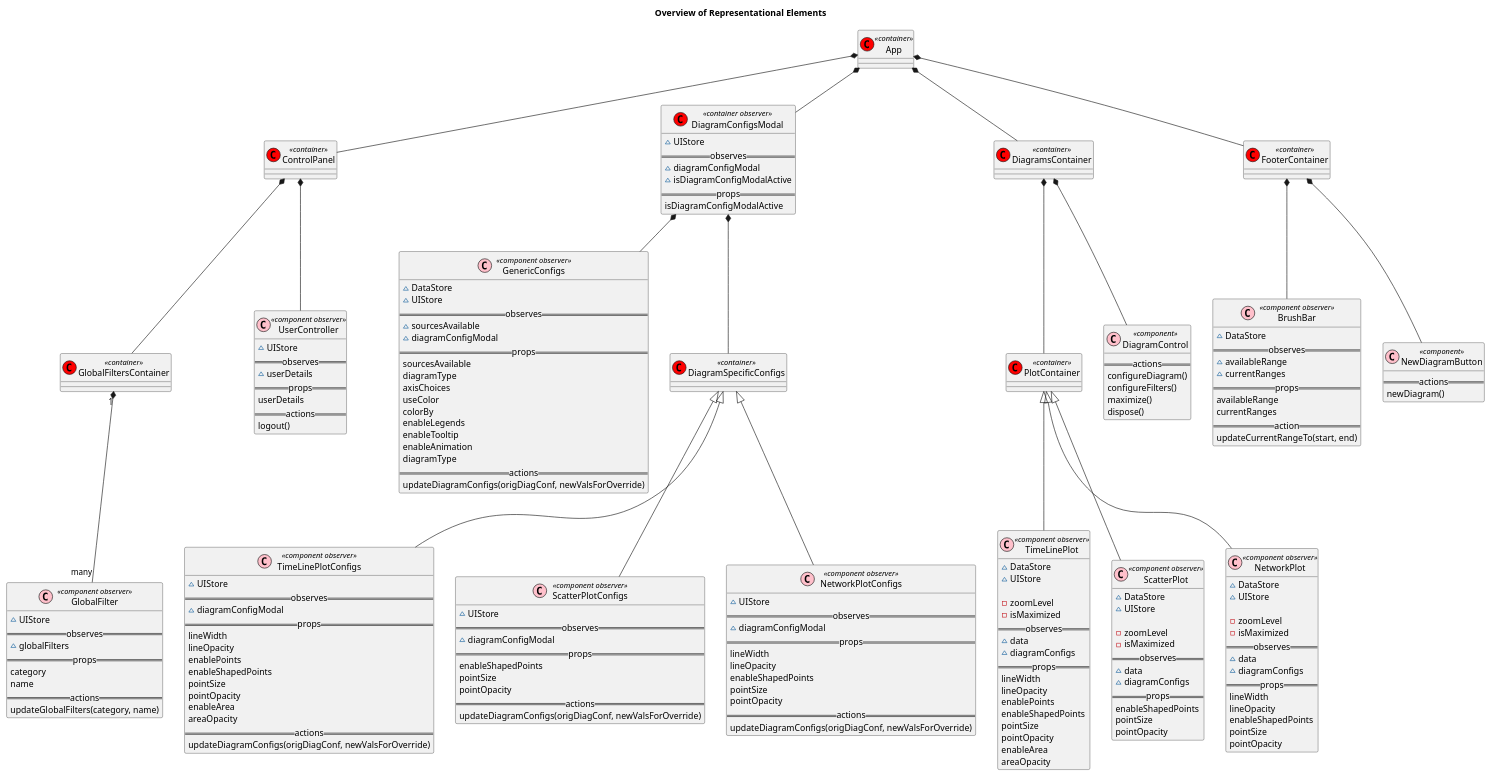
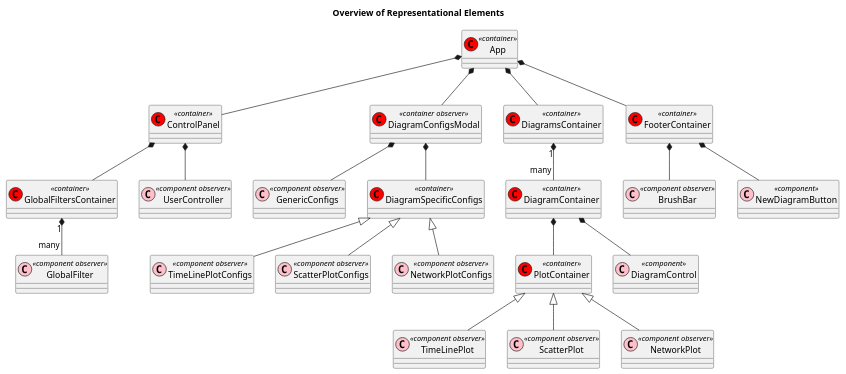
One commit to hexrcs/frontend-demo changed the diagram in docs/diagrams/src/overview.wsd. Above: the diagram before and after it, drawn with PlantUML. The commit also changed 1 other file, not shown here.

Commit message:
Extract component definitions to own diagram

```diff
--- a/docs/diagrams/src/overview.wsd
+++ b/docs/diagrams/src/overview.wsd
@@ -11,185 +11,57 @@
 }
 
 class GlobalFilter << (C,pink) component observer >> {
-  ~ UIStore
-  ==observes==
-  ~ globalFilters
-  ==props==
-  category
-  name
-  ==actions==
-  updateGlobalFilters(category, name)
 }
 
 class UserController << (C,pink) component observer >> {
-  ~ UIStore
-  ==observes==
-  ~ userDetails
-  ==props==
-  userDetails
-  ==actions==
-  logout()
 }
 
 class DiagramConfigsModal << (C,red) container observer >> {
-  ~ UIStore
-  ==observes==
-  ~ diagramConfigModal
-  ~ isDiagramConfigModalActive
-  ==props==
-  isDiagramConfigModalActive
 }
 
 class GenericConfigs << (C,pink) component observer >> {
-  ~ DataStore
-  ~ UIStore
-  ==observes==
-  ~ sourcesAvailable
-  ~ diagramConfigModal
-  ==props==
-  sourcesAvailable
-  diagramType
-  axisChoices
-  useColor
-  colorBy
-  enableLegends
-  enableTooltip
-  enableAnimation
-  diagramType
-  ==actions==
-  updateDiagramConfigs(origDiagConf, newValsForOverride)
 }
 
 class DiagramSpecificConfigs << (C,red) container >> {
 }
 
 class TimeLinePlotConfigs  << (C,pink) component observer >> {
-  ~ UIStore
-  ==observes==
-  ~ diagramConfigModal
-  ==props==
-  lineWidth
-  lineOpacity
-  enablePoints
-  enableShapedPoints
-  pointSize
-  pointOpacity
-  enableArea
-  areaOpacity
-  ==actions==
-  updateDiagramConfigs(origDiagConf, newValsForOverride)
 }
 
 class ScatterPlotConfigs  << (C,pink) component observer >> {
-  ~ UIStore
-  ==observes==
-  ~ diagramConfigModal
-  ==props==
-  enableShapedPoints
-  pointSize
-  pointOpacity
-  ==actions==
-  updateDiagramConfigs(origDiagConf, newValsForOverride)
 }
 
 class NetworkPlotConfigs  << (C,pink) component observer >> {
-  ~ UIStore
-  ==observes==
-  ~ diagramConfigModal
-  ==props==
-  lineWidth
-  lineOpacity
-  enableShapedPoints
-  pointSize
-  pointOpacity
-  ==actions==
-  updateDiagramConfigs(origDiagConf, newValsForOverride)
 }
 
 class DiagramsContainer << (C,red) container >> {
+}
+
+class DiagramContainer << (C,red) container >> {
 }
 
 class PlotContainer << (C,red) container >> {
 }
 
 class TimeLinePlot  << (C,pink) component observer >> {
-  ~ DataStore
-  ~ UIStore
-
-  - zoomLevel
-  - isMaximized
-  ==observes==
-  ~ data
-  ~ diagramConfigs
-  ==props==
-  lineWidth
-  lineOpacity
-  enablePoints
-  enableShapedPoints
-  pointSize
-  pointOpacity
-  enableArea
-  areaOpacity
 }
 
 class ScatterPlot  << (C,pink) component observer >> {
-  ~ DataStore
-  ~ UIStore
-
-  - zoomLevel
-  - isMaximized
-  ==observes==
-  ~ data
-  ~ diagramConfigs
-  ==props==
-  enableShapedPoints
-  pointSize
-  pointOpacity
 }
 
 class NetworkPlot  << (C,pink) component observer >> {
-  ~ DataStore
-  ~ UIStore
-
-  - zoomLevel
-  - isMaximized
-  ==observes==
-  ~ data
-  ~ diagramConfigs
-  ==props==
-  lineWidth
-  lineOpacity
-  enableShapedPoints
-  pointSize
-  pointOpacity
 }
 
 class DiagramControl << (C,pink) component >> {
-  ==actions==
-  configureDiagram()
-  configureFilters()
-  maximize()
-  dispose()
 }
 
 class FooterContainer << (C,red) container >> {
 }
 
 class BrushBar << (C,pink) component observer >> {
-  ~ DataStore
-  ==observes==
-  ~ availableRange
-  ~ currentRanges
-  ==props==
-  availableRange
-  currentRanges
-  ==action==
-  updateCurrentRangeTo(start, end)
 }
 
 class NewDiagramButton << (C,pink) component >> {
-  ==actions==
-  newDiagram()
 }
 
 ' Now the relationship part
@@ -209,11 +81,12 @@
 DiagramSpecificConfigs <|-- ScatterPlotConfigs
 DiagramSpecificConfigs <|-- NetworkPlotConfigs
 
-DiagramsContainer *-- PlotContainer
+DiagramsContainer "1" *-- "many" DiagramContainer
+DiagramContainer *-- PlotContainer
 PlotContainer <|-- TimeLinePlot
 PlotContainer <|-- ScatterPlot
 PlotContainer <|-- NetworkPlot
-DiagramsContainer *-- DiagramControl
+DiagramContainer *-- DiagramControl
 
 FooterContainer *-- BrushBar
 FooterContainer *-- NewDiagramButton
```
